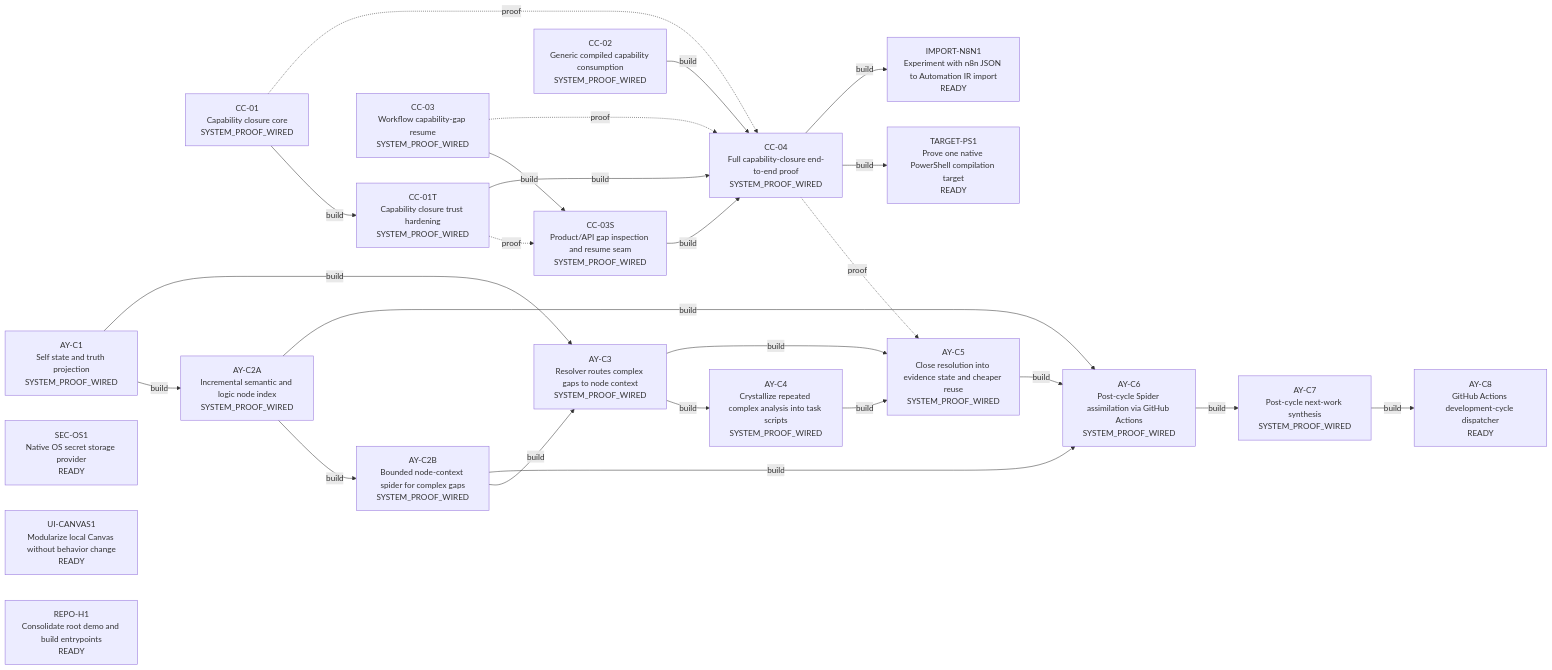
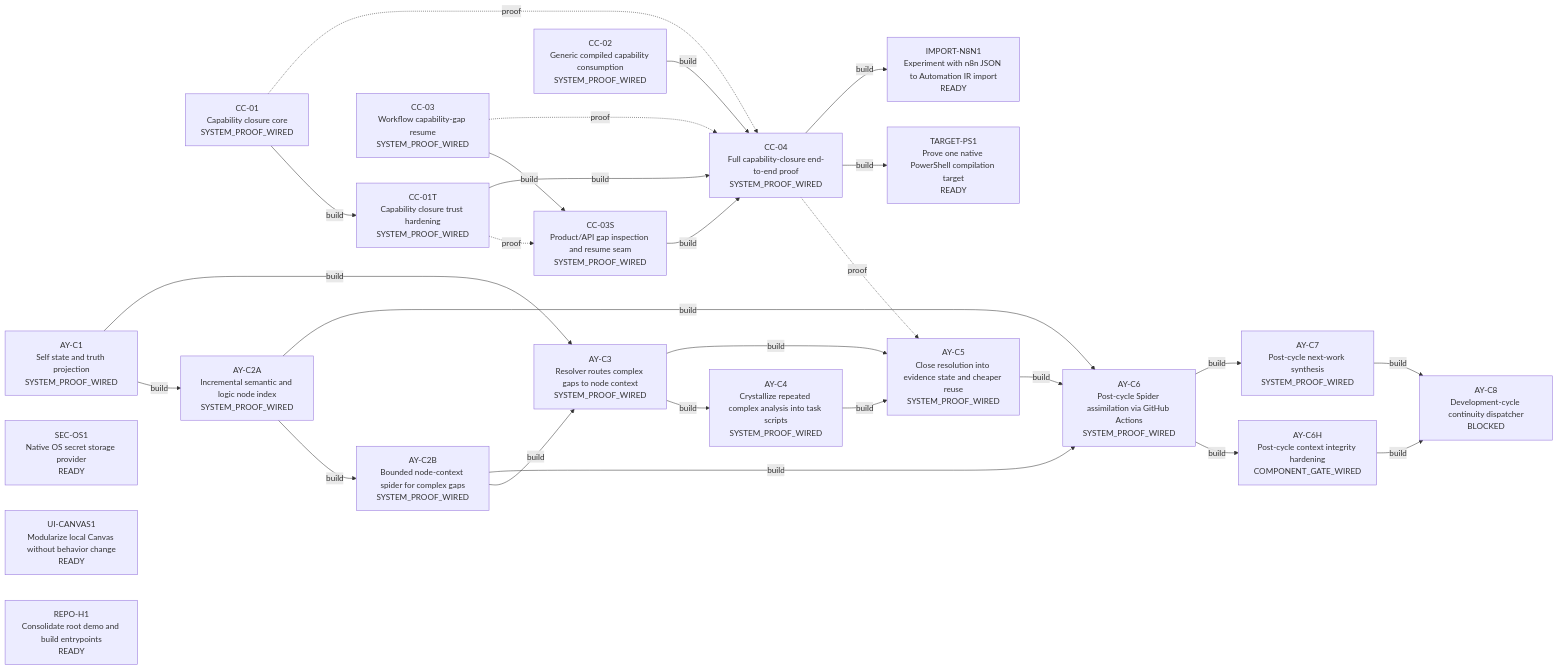
One commit to duducel204/AutoCompiler changed the diagram in docs/WORK_MAP.md. Above: the diagram before and after it, drawn with Mermaid. The commit also changed other lines of this file, not shown here.

````diff
--- a/docs/WORK_MAP.md
+++ b/docs/WORK_MAP.md
@@ -18,46 +18,49 @@
 ```mermaid
 flowchart LR
   W_CC_01["CC-01<br/>Capability closure core<br/>SYSTEM_PROOF_WIRED"]
   W_CC_01T["CC-01T<br/>Capability closure trust hardening<br/>SYSTEM_PROOF_WIRED"]
   W_CC_03["CC-03<br/>Workflow capability-gap resume<br/>SYSTEM_PROOF_WIRED"]
   W_CC_03S["CC-03S<br/>Product/API gap inspection and resume seam<br/>SYSTEM_PROOF_WIRED"]
   W_CC_02["CC-02<br/>Generic compiled capability consumption<br/>SYSTEM_PROOF_WIRED"]
   W_CC_04["CC-04<br/>Full capability-closure end-to-end proof<br/>SYSTEM_PROOF_WIRED"]
   W_AY_C1["AY-C1<br/>Self state and truth projection<br/>SYSTEM_PROOF_WIRED"]
   W_AY_C2A["AY-C2A<br/>Incremental semantic and logic node index<br/>SYSTEM_PROOF_WIRED"]
   W_AY_C2B["AY-C2B<br/>Bounded node-context spider for complex gaps<br/>SYSTEM_PROOF_WIRED"]
   W_AY_C3["AY-C3<br/>Resolver routes complex gaps to node context<br/>SYSTEM_PROOF_WIRED"]
   W_AY_C4["AY-C4<br/>Crystallize repeated complex analysis into task scripts<br/>SYSTEM_PROOF_WIRED"]
   W_AY_C5["AY-C5<br/>Close resolution into evidence state and cheaper reuse<br/>SYSTEM_PROOF_WIRED"]
   W_AY_C6["AY-C6<br/>Post-cycle Spider assimilation via GitHub Actions<br/>SYSTEM_PROOF_WIRED"]
+  W_AY_C6H["AY-C6H<br/>Post-cycle context integrity hardening<br/>COMPONENT_GATE_WIRED"]
   W_AY_C7["AY-C7<br/>Post-cycle next-work synthesis<br/>SYSTEM_PROOF_WIRED"]
-  W_AY_C8["AY-C8<br/>GitHub Actions development-cycle dispatcher<br/>READY"]
+  W_AY_C8["AY-C8<br/>Development-cycle continuity dispatcher<br/>BLOCKED"]
   W_SEC_OS1["SEC-OS1<br/>Native OS secret storage provider<br/>READY"]
   W_UI_CANVAS1["UI-CANVAS1<br/>Modularize local Canvas without behavior change<br/>READY"]
   W_REPO_H1["REPO-H1<br/>Consolidate root demo and build entrypoints<br/>READY"]
   W_TARGET_PS1["TARGET-PS1<br/>Prove one native PowerShell compilation target<br/>READY"]
   W_IMPORT_N8N1["IMPORT-N8N1<br/>Experiment with n8n JSON to Automation IR import<br/>READY"]
   W_CC_01 -->|build| W_CC_01T
   W_CC_03 -->|build| W_CC_03S
   W_CC_01T -.->|proof| W_CC_03S
   W_CC_01T -->|build| W_CC_04
   W_CC_03S -->|build| W_CC_04
   W_CC_02 -->|build| W_CC_04
   W_CC_01 -.->|proof| W_CC_04
   W_CC_03 -.->|proof| W_CC_04
   W_AY_C1 -->|build| W_AY_C2A
   W_AY_C2A -->|build| W_AY_C2B
   W_AY_C1 -->|build| W_AY_C3
   W_AY_C2B -->|build| W_AY_C3
   W_AY_C3 -->|build| W_AY_C4
   W_AY_C3 -->|build| W_AY_C5
   W_AY_C4 -->|build| W_AY_C5
   W_CC_04 -.->|proof| W_AY_C5
   W_AY_C2A -->|build| W_AY_C6
   W_AY_C2B -->|build| W_AY_C6
   W_AY_C5 -->|build| W_AY_C6
+  W_AY_C6 -->|build| W_AY_C6H
   W_AY_C6 -->|build| W_AY_C7
   W_AY_C7 -->|build| W_AY_C8
+  W_AY_C6H -->|build| W_AY_C8
   W_CC_04 -->|build| W_TARGET_PS1
   W_CC_04 -->|build| W_IMPORT_N8N1
 ```
````
